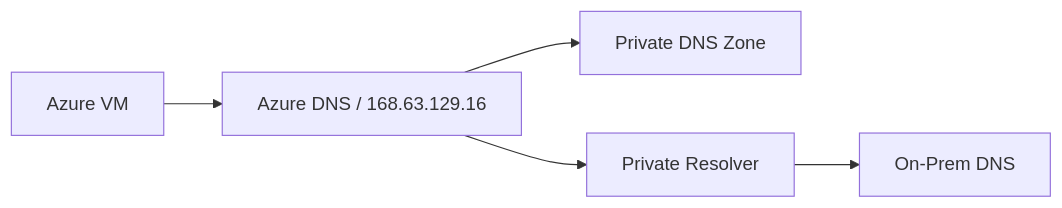
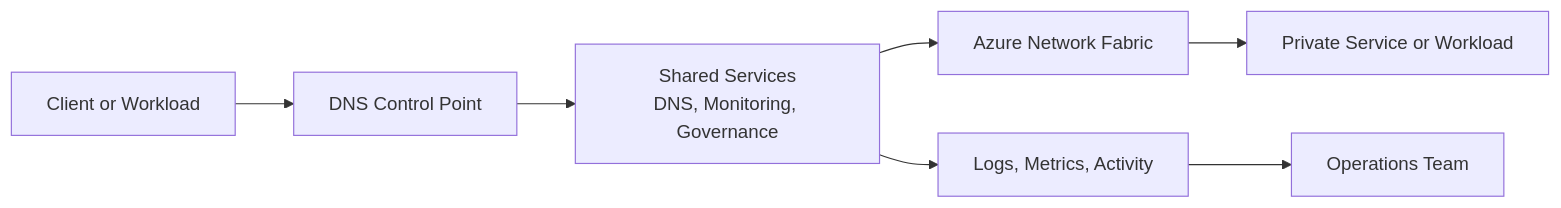
One commit to yeongseon/azure-networking-practical-guide changed the diagram in docs/best-practices/dns-best-practices.md. Above: the diagram before and after it, drawn with Mermaid. The commit also changed other lines of this file and 26 other files, not shown here.

````diff
--- a/docs/best-practices/dns-best-practices.md
+++ b/docs/best-practices/dns-best-practices.md
@@ -12,7 +13,10 @@
 ```mermaid
-graph LR
-    VM[Azure VM] --> Resolver[Azure DNS / 168.63.129.16]
-    Resolver --> PDZ[Private DNS Zone]
-    Resolver --> PR[Private Resolver]
-    PR --> OnPrem[On-Prem DNS]
+flowchart LR
+                Source[Client or Workload] --> Control[DNS Control Point]
+                Control --> Shared[Shared Services
+DNS, Monitoring, Governance]
+                Shared --> Azure[Azure Network Fabric]
+                Azure --> Target[Private Service or Workload]
+                Shared --> Logs[Logs, Metrics, Activity]
+                Logs --> Ops[Operations Team]
 ```
````
